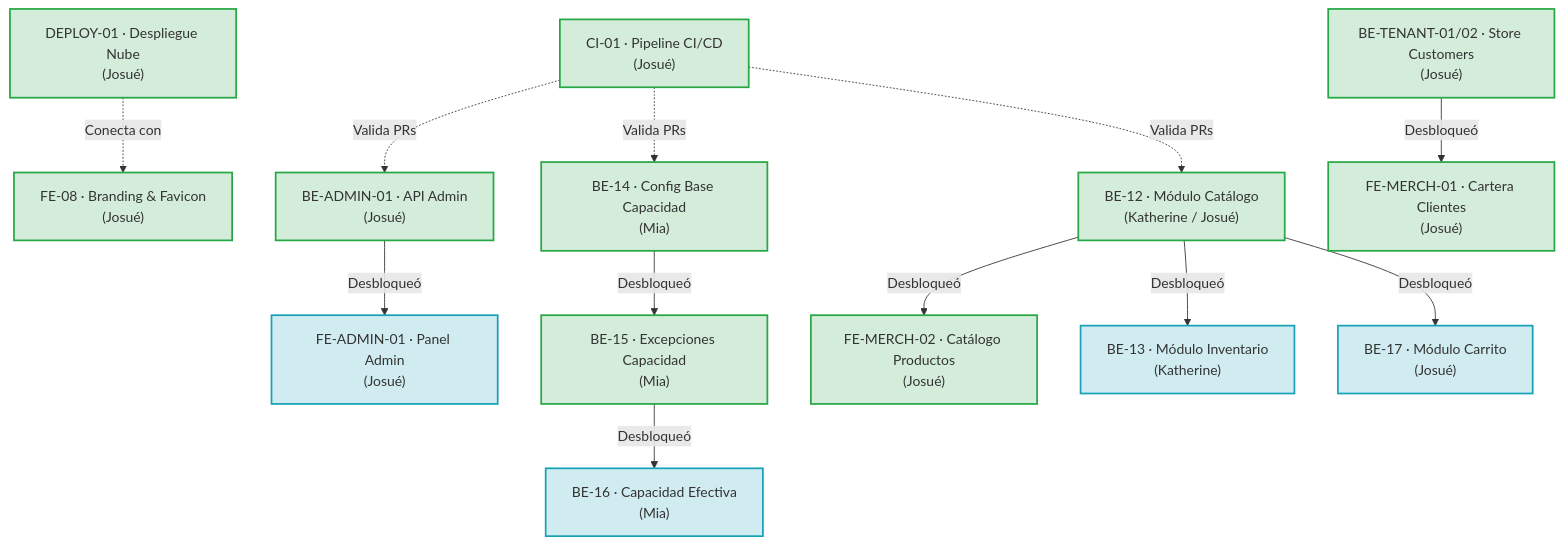
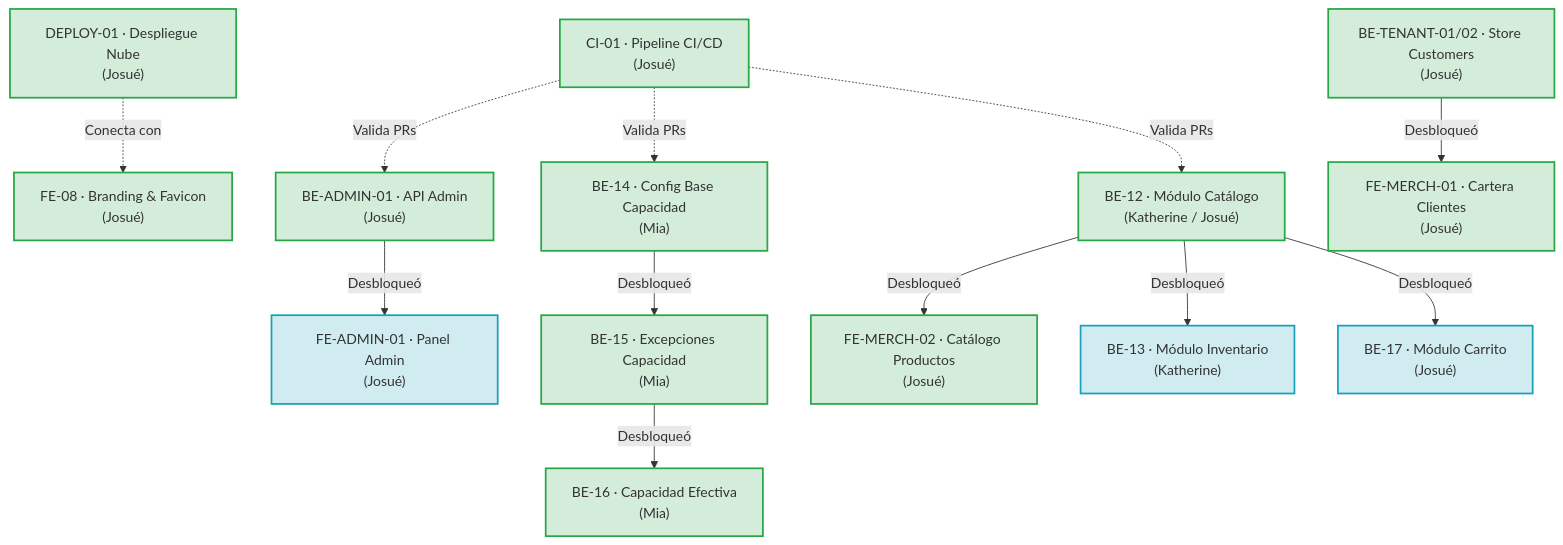
One commit to iJosueeh/jaldishop changed the second of 2 diagrams in docs/06-scrum/sprint-03.md. Above: the diagram before and after it, drawn with Mermaid. The commit also changed other lines of this file and 13 other files, not shown here.

````diff
--- a/docs/06-scrum/sprint-03.md
+++ b/docs/06-scrum/sprint-03.md
@@ -461,34 +461,34 @@
 ```mermaid
 graph TD
     classDef done fill:#d4edda,stroke:#28a745,stroke-width:2px;
     classDef progress fill:#d1ecf1,stroke:#17a2b8,stroke-width:2px;
     classDef review fill:#fff3cd,stroke:#ffc107,stroke-width:2px;
     classDef locked fill:#f8d7da,stroke:#dc3545,stroke-width:1px,stroke-dasharray: 5 5;
 
     CI01["CI-01 · Pipeline CI/CD<br/>(Josué)"]:::done
     DEPLOY01["DEPLOY-01 · Despliegue Nube<br/>(Josué)"]:::done
     FE08["FE-08 · Branding & Favicon<br/>(Josué)"]:::done
     BEADMIN01["BE-ADMIN-01 · API Admin<br/>(Josué)"]:::done
     FEADMIN01["FE-ADMIN-01 · Panel Admin<br/>(Josué)"]:::progress
     BE14["BE-14 · Config Base Capacidad<br/>(Mia)"]:::done
     BE15["BE-15 · Excepciones Capacidad<br/>(Mia)"]:::done
-    BE16["BE-16 · Capacidad Efectiva<br/>(Mia)"]:::progress
+    BE16["BE-16 · Capacidad Efectiva<br/>(Mia)"]:::done
     BE12["BE-12 · Módulo Catálogo<br/>(Katherine / Josué)"]:::done
     BETENANT01["BE-TENANT-01/02 · Store Customers<br/>(Josué)"]:::done
     FEMERCH01["FE-MERCH-01 · Cartera Clientes<br/>(Josué)"]:::done
     FEMERCH02["FE-MERCH-02 · Catálogo Productos<br/>(Josué)"]:::done
     BE13["BE-13 · Módulo Inventario<br/>(Katherine)"]:::progress
     BE17["BE-17 · Módulo Carrito<br/>(Josué)"]:::progress
 
     CI01 -. Valida PRs .-> BE12
     CI01 -. Valida PRs .-> BE14
     CI01 -. Valida PRs .-> BEADMIN01
     DEPLOY01 -. Conecta con .-> FE08
     BEADMIN01 -->|Desbloqueó| FEADMIN01
     BE14 -->|Desbloqueó| BE15
     BE15 -->|Desbloqueó| BE16
     BE12 -->|Desbloqueó| BE13
     BE12 -->|Desbloqueó| BE17
     BE12 -->|Desbloqueó| FEMERCH02
     BETENANT01 -->|Desbloqueó| FEMERCH01
 ```
````
